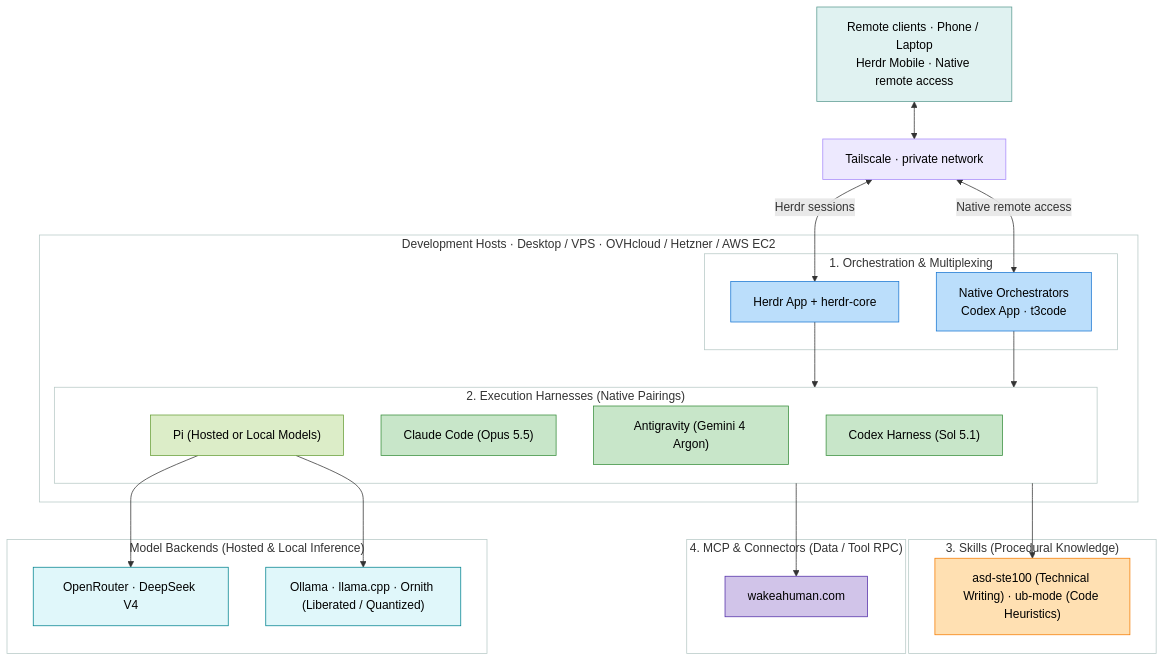
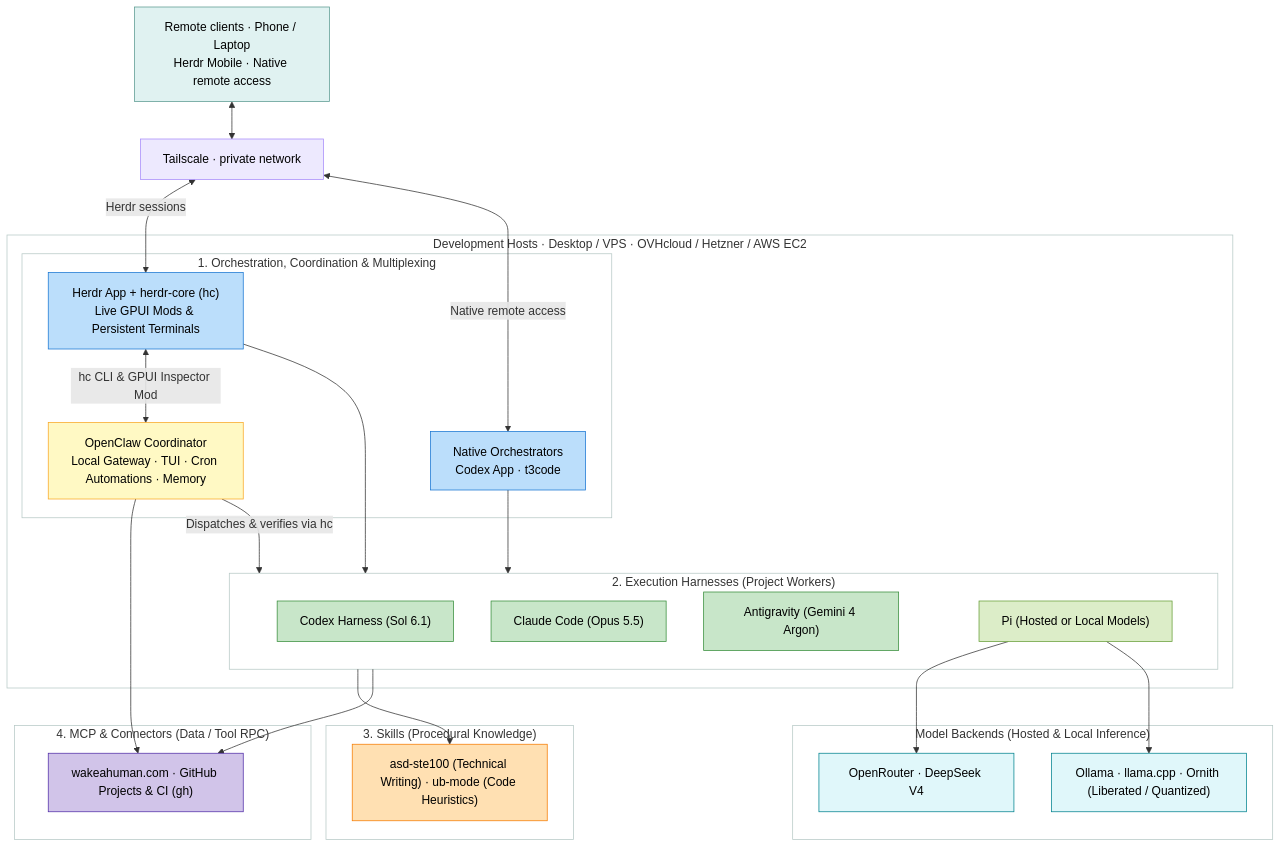
Before and after one commit to gel/gel.github.io: the first of 2 diagrams in content/generative-ai/1-intro/1_genai_environment.md, drawn with Mermaid. The commit also changed other lines of this file and 1 other file, not shown here.

Commit message:
Document OpenClaw coordinator, hc worker delegation, and Herdr GPUI inspector mod

````diff
--- a/content/generative-ai/1-intro/1_genai_environment.md
+++ b/content/generative-ai/1-intro/1_genai_environment.md
@@ -18,60 +18,65 @@
 ```mermaid
 flowchart TD
     Clients["Remote clients · Phone / Laptop<br/>Herdr Mobile · Native remote access"]
     Tailnet["Tailscale · private network"]
 
     subgraph Remote["Development Hosts · Desktop / VPS · OVHcloud / Hetzner / AWS EC2"]
-        subgraph Layer1["1. Orchestration & Multiplexing"]
-            Herdr["Herdr App + herdr-core"]
+        subgraph Layer1["1. Orchestration, Coordination & Multiplexing"]
+            Herdr["Herdr App + herdr-core (hc)<br/>Live GPUI Mods & Persistent Terminals"]
+            OpenClaw["OpenClaw Coordinator<br/>Local Gateway · TUI · Cron Automations · Memory"]
             Orch["Native Orchestrators<br/>Codex App · t3code"]
         end
 
-        subgraph Layer2["2. Execution Harnesses (Native Pairings)"]
-            H_OpenAI["Codex Harness (Sol 5.1)"]
+        subgraph Layer2["2. Execution Harnesses (Project Workers)"]
+            H_OpenAI["Codex Harness (Sol 6.1)"]
             H_Anthropic["Claude Code (Opus 5.5)"]
             H_Google["Antigravity (Gemini 4 Argon)"]
             H_Pi["Pi (Hosted or Local Models)"]
         end
     end
 
     subgraph Layer3["3. Skills (Procedural Knowledge)"]
         Skills["asd-ste100 (Technical Writing) · ub-mode (Code Heuristics)"]
     end
 
     subgraph Layer4["4. MCP & Connectors (Data / Tool RPC)"]
-        MCP["wakeahuman.com"]
+        MCP["wakeahuman.com · GitHub Projects & CI (gh)"]
     end
 
     subgraph Backends["Model Backends (Hosted & Local Inference)"]
         Hosted["OpenRouter · DeepSeek V4"]
         Local["Ollama · llama.cpp · Ornith (Liberated / Quantized)"]
     end
     H_Pi --> Hosted & Local
 
     Clients <--> Tailnet
     Tailnet <-->|Herdr sessions| Herdr
     Tailnet <-->|Native remote access| Orch
 
+    Herdr <-->|hc CLI & GPUI Inspector Mod| OpenClaw
+    OpenClaw -->|Dispatches & verifies via hc| Layer2
+    OpenClaw --> MCP
     Herdr --> Layer2
     Orch --> Layer2
     Layer2 --> Skills & MCP
 
     style Layer1 fill:transparent,stroke:#b7c9c6
     style Layer2 fill:transparent,stroke:#b7c9c6
     style Layer3 fill:transparent,stroke:#b7c9c6
     style Layer4 fill:transparent,stroke:#b7c9c6
     style Backends fill:transparent,stroke:#b7c9c6
     style Remote fill:transparent,stroke:#b7c9c6
     style Orch fill:#bbdefb,stroke:#1976d2,color:#000
     style Herdr fill:#bbdefb,stroke:#1976d2,color:#000
+    style OpenClaw fill:#fff9c4,stroke:#f9a825,color:#000
     style Clients fill:#e0f2f1,stroke:#5b9b91,color:#000
     style Tailnet fill:#ede9fe,stroke:#a78bfa,color:#000
     style H_OpenAI fill:#c8e6c9,stroke:#388e3c,color:#000
     style H_Google fill:#c8e6c9,stroke:#388e3c,color:#000
     style H_Pi fill:#dcedc8,stroke:#689f38,color:#000
     style H_Anthropic fill:#c8e6c9,stroke:#388e3c,color:#000
     style Hosted fill:#e0f7fa,stroke:#00838f,color:#000
     style Local fill:#e0f7fa,stroke:#00838f,color:#000
     style Skills fill:#ffe0b2,stroke:#f57c00,color:#000
     style MCP fill:#d1c4e9,stroke:#512da8,color:#000
 ```
````
